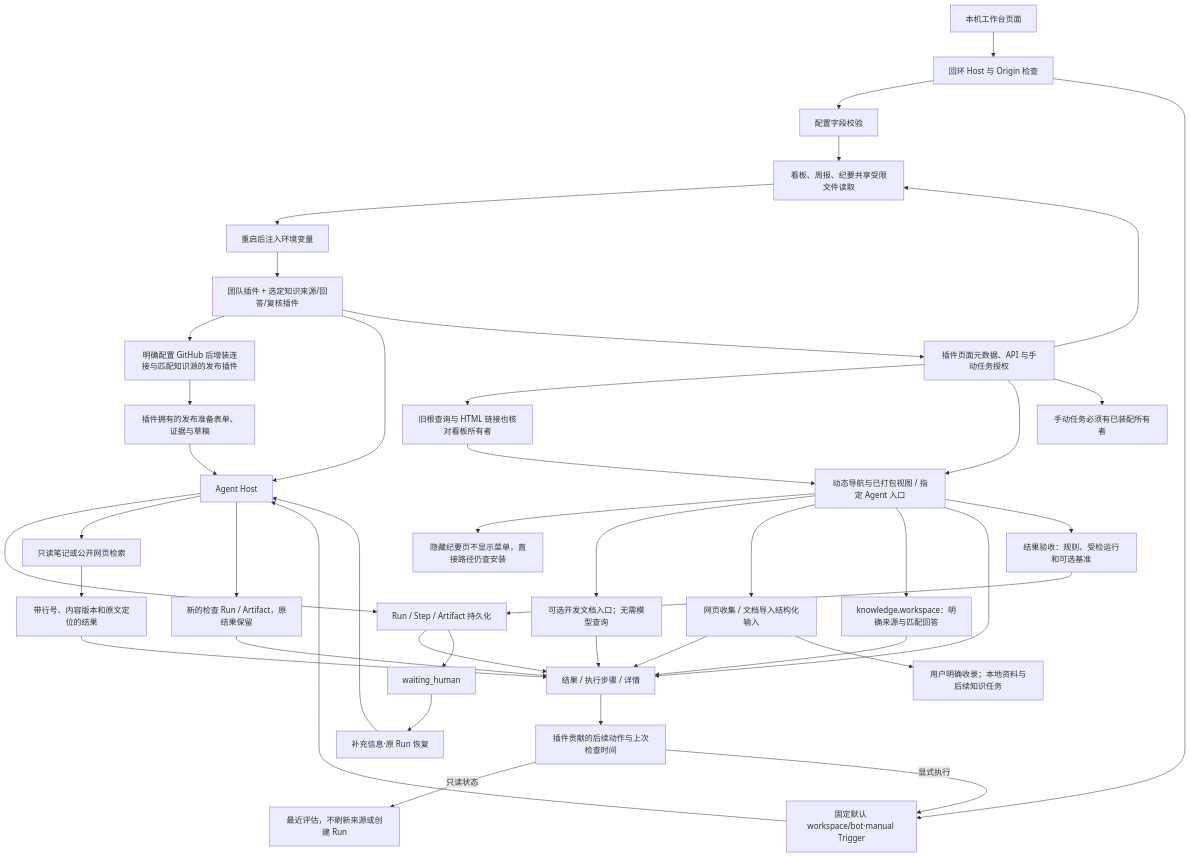
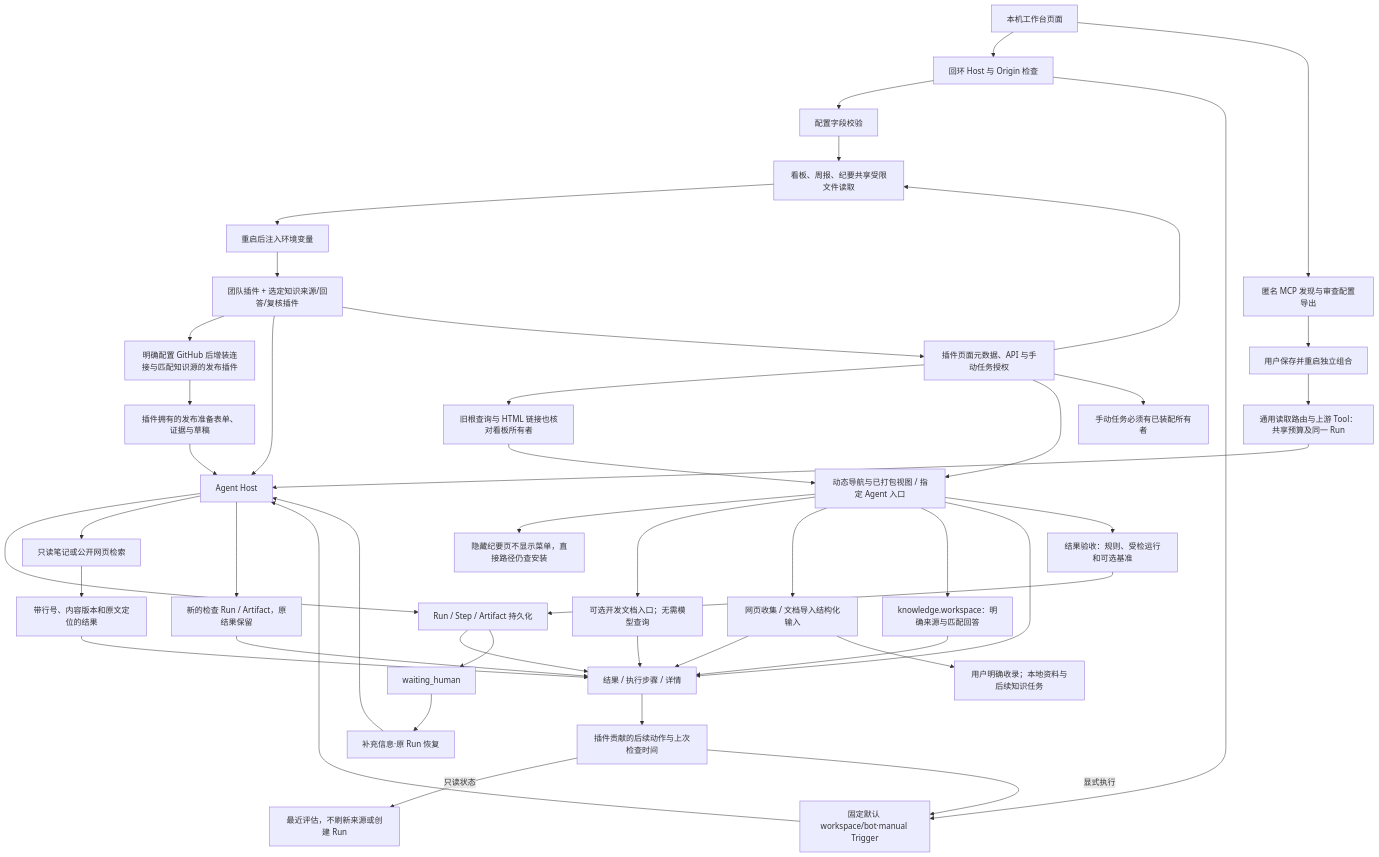
One commit to KlayPeter/AI-Delivery-Ops-Agent changed the diagram in backend/src/platform/workspace/FEATURE.md. Above: the diagram before and after it, drawn with Mermaid. The commit also changed other lines of this file and 30 other files, not shown here.

Commit message:
feat: add MCP onboarding and governed generic tool runner

````diff
--- a/backend/src/platform/workspace/FEATURE.md
+++ b/backend/src/platform/workspace/FEATURE.md
@@ -19,44 +19,48 @@
 ```mermaid
 flowchart TD
     UI[本机工作台页面] --> G[回环 Host 与 Origin 检查]
     G --> CFG[配置字段校验]
     CFG --> FILE[connections.json 原子写入·0600]
     FILE --> BOOT[重启后注入环境变量]
     BOOT --> PL[团队插件 + 选定知识来源/回答/复核插件]
     PL --> GH[明确配置 GitHub 后增装连接与匹配知识源的发布插件]
     GH --> RP[插件拥有的发布准备表单、证据与草稿]
     RP --> H
     PL --> H[Agent Host]
     G --> T[固定默认 workspace/bot·manual Trigger]
     T --> H
     H --> R[Run / Step / Artifact 持久化]
     R --> V[结果 / 执行步骤 / 详情]
     R --> WAIT[waiting_human]
     WAIT --> REPLY[补充信息·原 Run 恢复]
     REPLY --> H
     H --> K[只读笔记或公开网页检索]
     K --> EV[带行号、内容版本和原文定位的结果]
     EV --> V
     PL --> WEB[插件页面元数据、API 与手动任务授权]
     WEB --> ALIAS[旧根查询与 HTML 链接也核对看板所有者]
     ALIAS --> NAV
     WEB --> NAV[动态导航与已打包视图 / 指定 Agent 入口]
     NAV --> HIDDEN[隐藏纪要页不显示菜单，直接路径仍查安装]
     WEB --> FILE[看板、周报、纪要共享受限文件读取]
     NAV --> C7[可选开发文档入口；无需模型查询]
     C7 --> V
     NAV --> COL[网页收集 / 文档导入结构化输入]
     COL --> V
     NAV --> KW[knowledge.workspace：明确来源与匹配回答]
     KW --> V
     NAV --> V
     WEB --> JOBS[手动任务必须有已装配所有者]
     V --> ACT[插件贡献的后续动作与上次检查时间]
     ACT -- 只读状态 --> KV[最近评估，不刷新来源或创建 Run]
     ACT -- 显式执行 --> T
     H --> CHECK[新的检查 Run / Artifact，原结果保留]
     CHECK --> V
     COL --> KLIB[用户明确收录；本地资料与后续知识任务]
     NAV --> QCP[结果验收：规则、受检运行和可选基准]
     QCP --> R
+    UI --> MCPSETUP[匿名 MCP 发现与审查配置导出]
+    MCPSETUP --> MCPRESTART[用户保存并重启独立组合]
+    MCPRESTART --> MCPRUN[通用读取路由与上游 Tool：共享预算及同一 Run]
+    MCPRUN --> H
 ```
````
